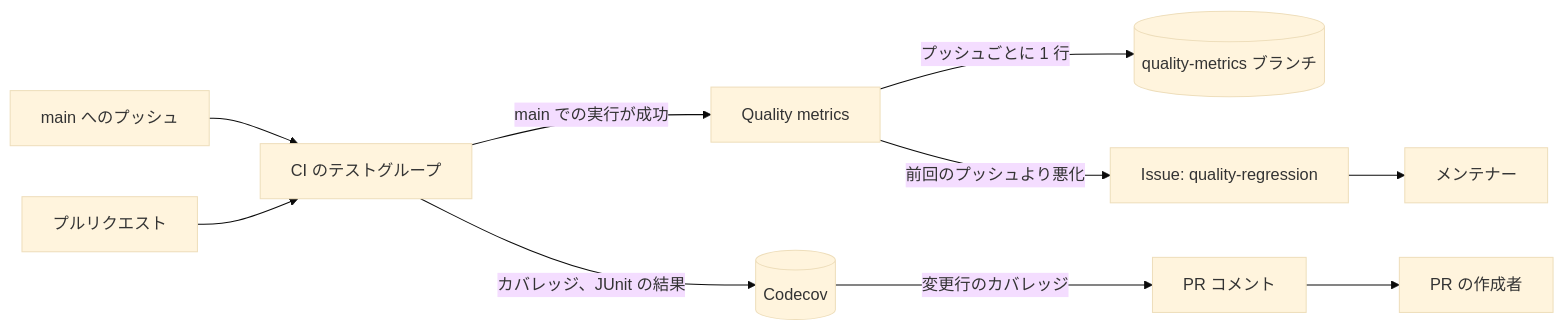
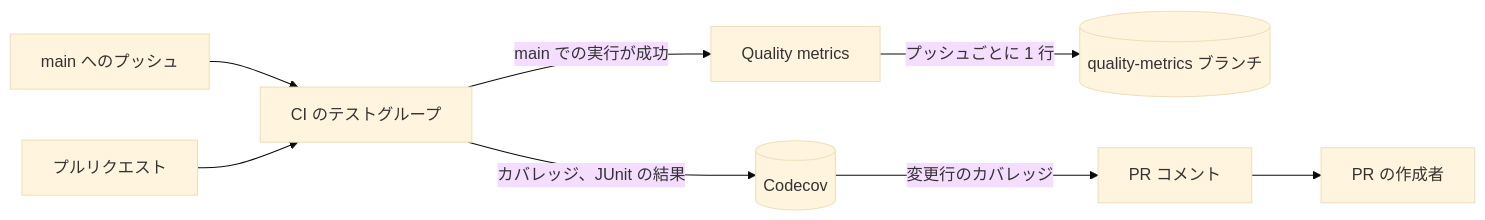
The diagram in translations/ja/docs/design-docs/test-quality-monitoring.md (syudead/vv), drawn with Mermaid (base theme) before and after one commit. The commit also changed other lines of this file and 6 other files, not shown here.

First line of the commit message:
ci: Quality metrics の悪化 Issue をやめる

````diff
--- a/translations/ja/docs/design-docs/test-quality-monitoring.md
+++ b/translations/ja/docs/design-docs/test-quality-monitoring.md
@@ -12,12 +12,10 @@
 ```mermaid
 flowchart LR
   push[main へのプッシュ] --> ci[CI のテストグループ]
   ci -->|main での実行が成功| qm[Quality metrics]
   pr[プルリクエスト] --> ci
   ci -->|カバレッジ、JUnit の結果| codecov[(Codecov)]
   qm -->|プッシュごとに 1 行| hist[(quality-metrics ブランチ)]
-  qm -->|前回のプッシュより悪化| issue[Issue: quality-regression]
   codecov -->|変更行のカバレッジ| prc[PR コメント]
-  issue --> maint[メンテナー]
   prc --> author[PR の作成者]
 ```
````
